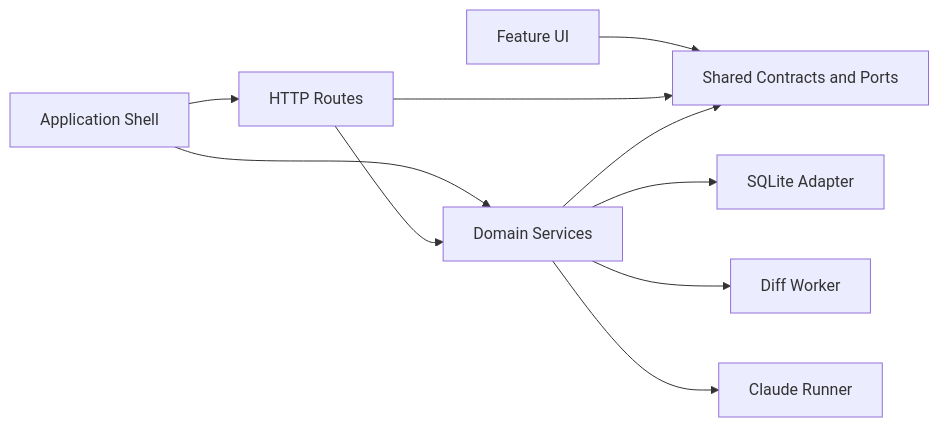
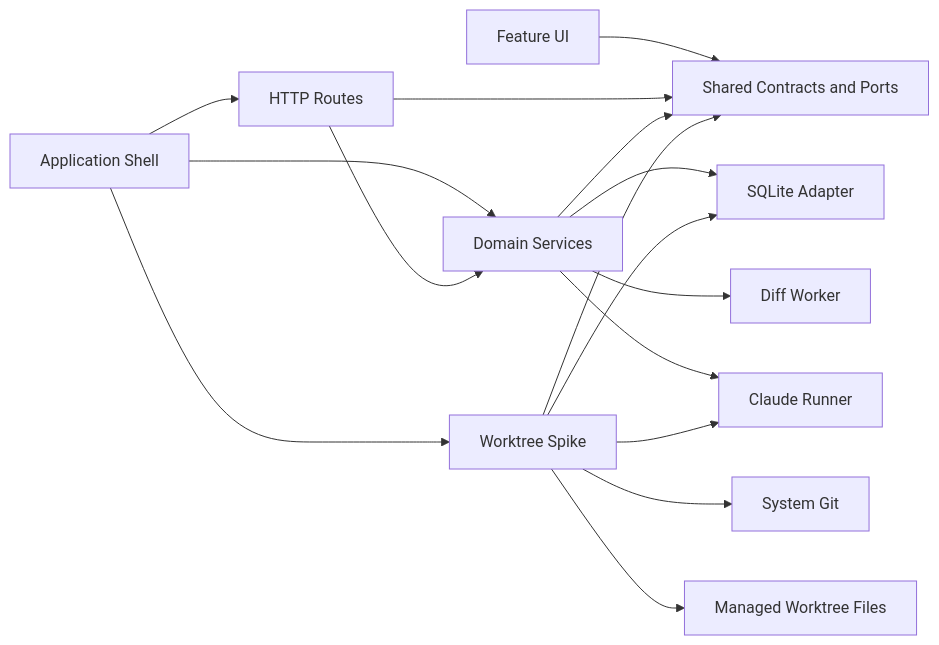
The diagram in aidlc-docs/inception/reverse-engineering/dependencies.md (maruachi/planrepo-ddthon), drawn with Mermaid before and after one commit. The commit also changed other lines of this file and 138 other files, not shown here.

````diff
--- a/aidlc-docs/inception/reverse-engineering/dependencies.md
+++ b/aidlc-docs/inception/reverse-engineering/dependencies.md
@@ -5,20 +5,29 @@
 ```mermaid
 flowchart LR
     App[Application Shell]
     UI[Feature UI]
     HTTP[HTTP Routes]
     Services[Domain Services]
     Ports[Shared Contracts and Ports]
     SQLite[SQLite Adapter]
     Worker[Diff Worker]
     Runner[Claude Runner]
+    Worktree[Worktree Spike]
+    Git[System Git]
+    Files[Managed Worktree Files]
     App --> HTTP
     App --> Services
     UI --> Ports
     HTTP --> Services
     HTTP --> Ports
     Services --> Ports
     Services --> SQLite
     Services --> Worker
     Services --> Runner
+    App --> Worktree
+    Worktree --> Ports
+    Worktree --> SQLite
+    Worktree --> Git
+    Worktree --> Files
+    Worktree --> Runner
 ```
````
